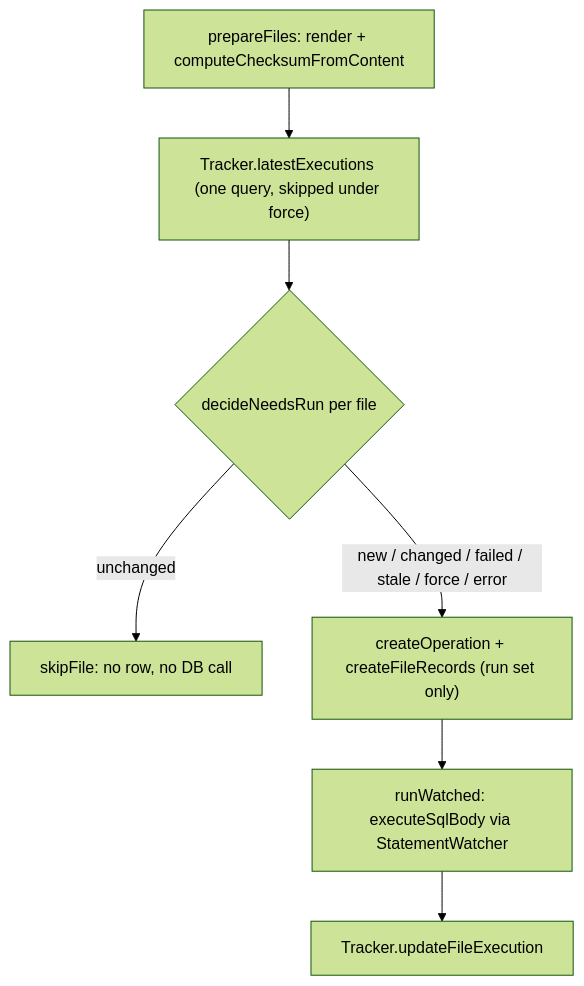
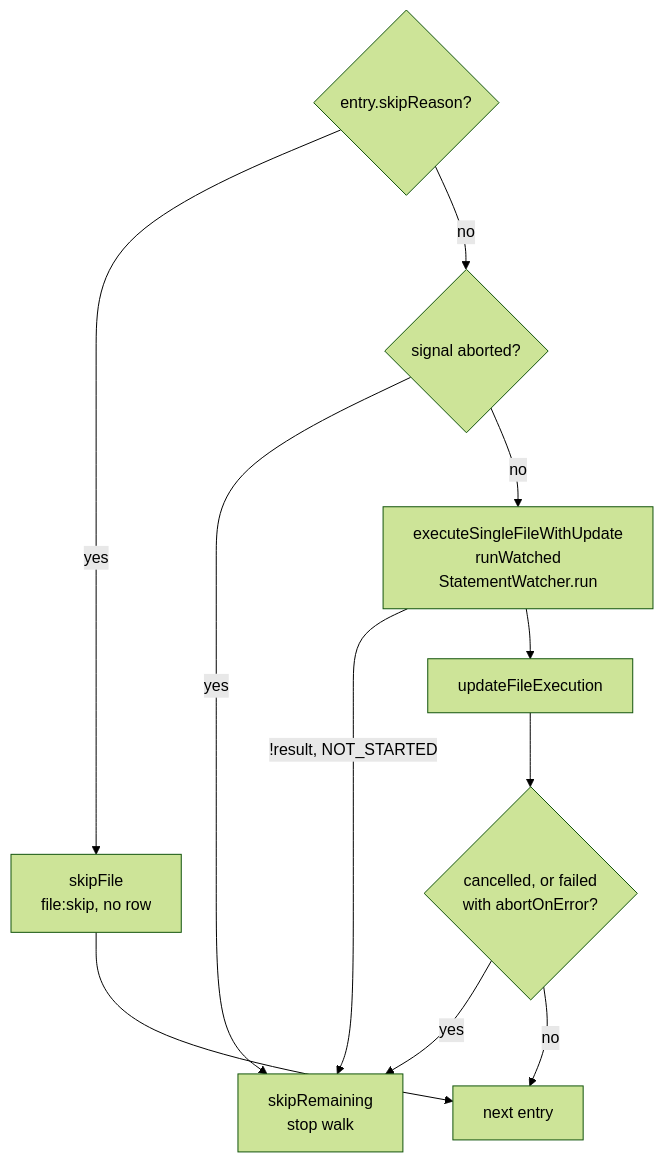
One commit to noormdev/noorm changed the second of 10 diagrams in docs/wiki/core-runner.md. Above: the diagram before and after it, drawn with Mermaid (forest theme). The commit also changed other lines of this file and 557 other files, not shown here.

````diff
--- a/docs/wiki/core-runner.md
+++ b/docs/wiki/core-runner.md
@@ -19,9 +44,14 @@
 ```mermaid
 flowchart TD
-    A["prepareFiles: render + computeChecksumFromContent"] --> B["Tracker.latestExecutions (one query, skipped under force)"]
-    B --> C{"decideNeedsRun per file"}
-    C -->|"unchanged"| E["skipFile: no row, no DB call"]
-    C -->|"new / changed / failed / stale / force / error"| F["createOperation + createFileRecords (run set only)"]
-    F --> D["runWatched: executeSqlBody via StatementWatcher"]
-    D --> G["Tracker.updateFileExecution"]
+    %% source: src/core/runner/runner.ts (executeFiles loop)
+    A{"entry.skipReason?"} -->|yes| B["skipFile<br/>file:skip, no row"]
+    A -->|no| C{"signal aborted?"}
+    C -->|yes| D["skipRemaining<br/>stop walk"]
+    C -->|no| E["executeSingleFileWithUpdate<br/>runWatched<br/>StatementWatcher.run"]
+    E -->|"!result, NOT_STARTED"| D
+    E --> F["updateFileExecution"]
+    F --> G{"cancelled, or failed<br/>with abortOnError?"}
+    G -->|yes| D
+    G -->|no| H["next entry"]
+    B --> H
 ```
````
